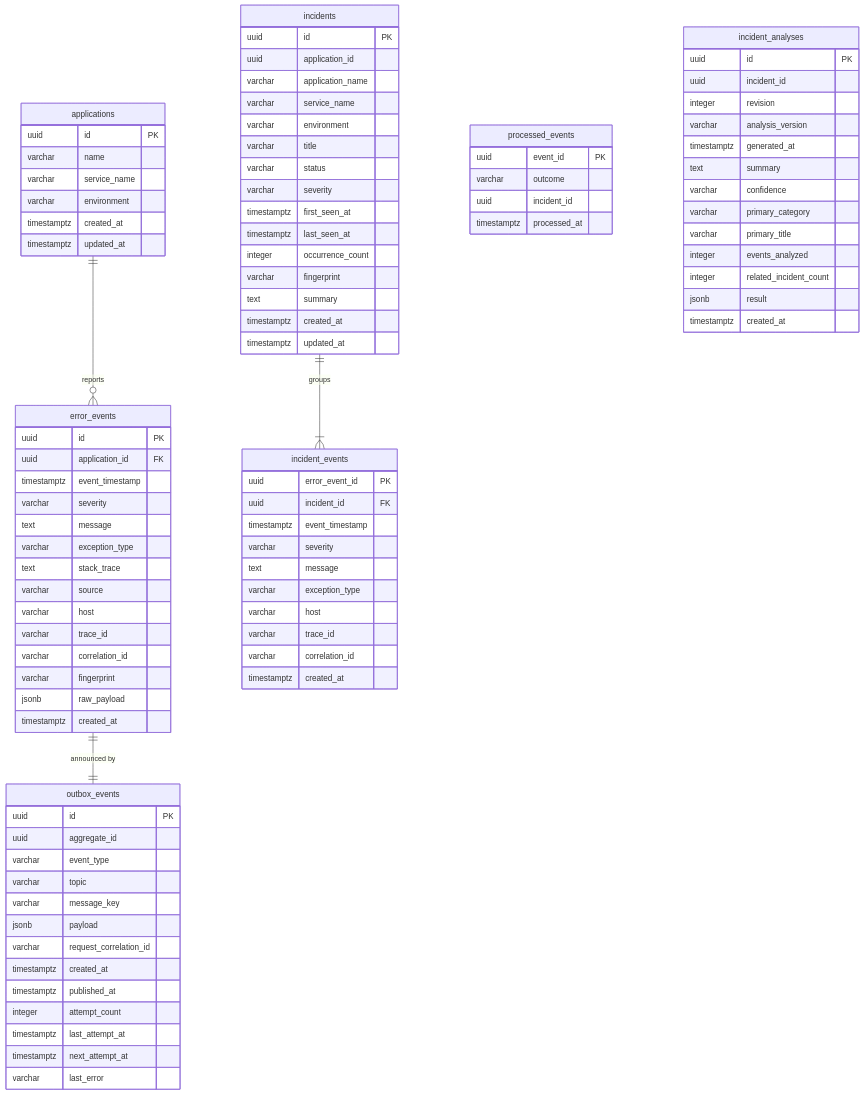
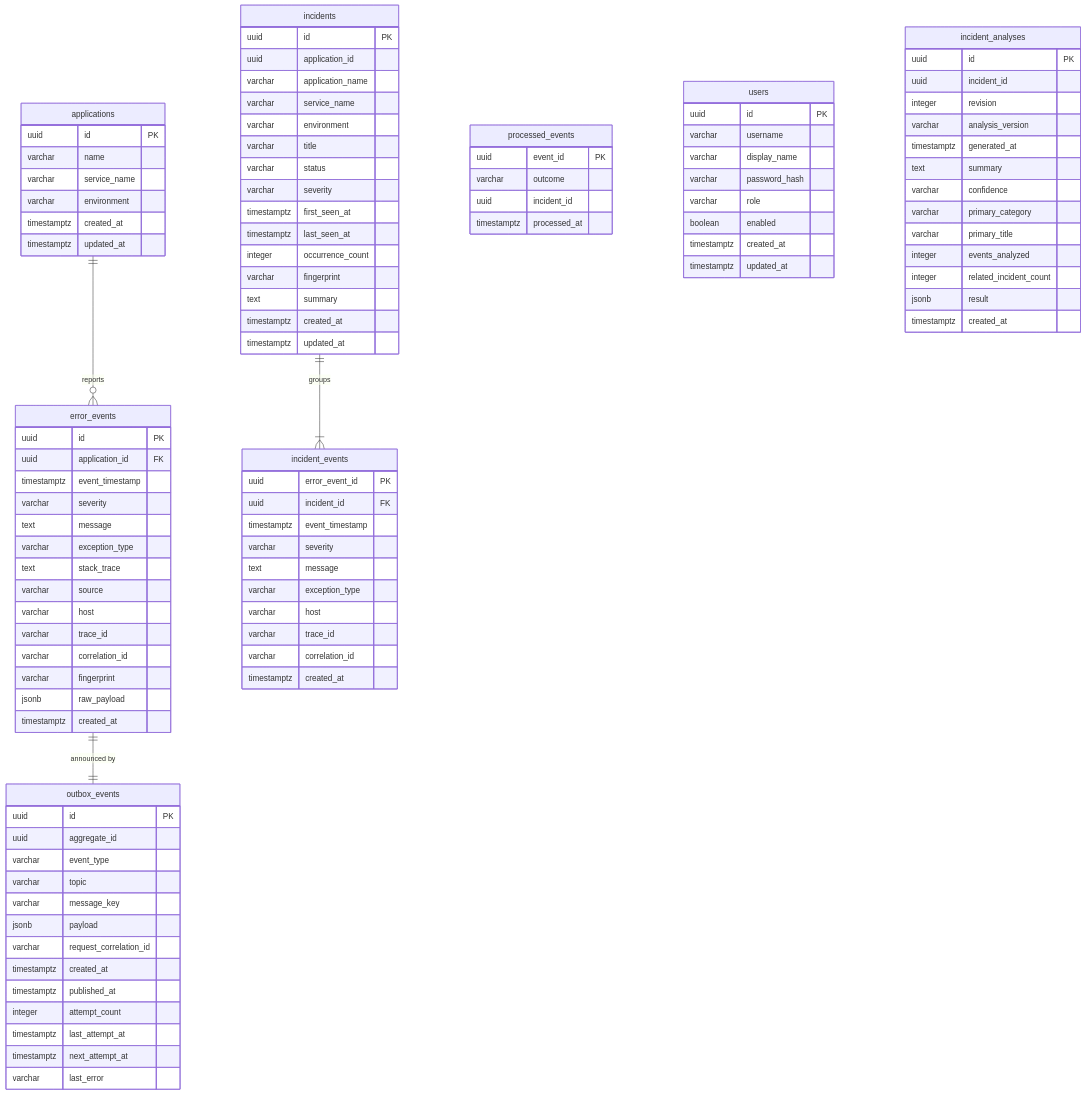
Before and after one commit to rciripireddy/ai-software-debugging-root-cause-platform: the diagram in docs/database.md, drawn with Mermaid. The commit also changed other lines of this file and 117 other files, not shown here.

```diff
--- a/docs/database.md
+++ b/docs/database.md
@@ -107,6 +109,16 @@
         uuid incident_id
         timestamptz processed_at
     }
+    users {
+        uuid id PK
+        varchar username
+        varchar display_name
+        varchar password_hash
+        varchar role
+        boolean enabled
+        timestamptz created_at
+        timestamptz updated_at
+    }
     incident_analyses {
         uuid id PK
         uuid incident_id
```
